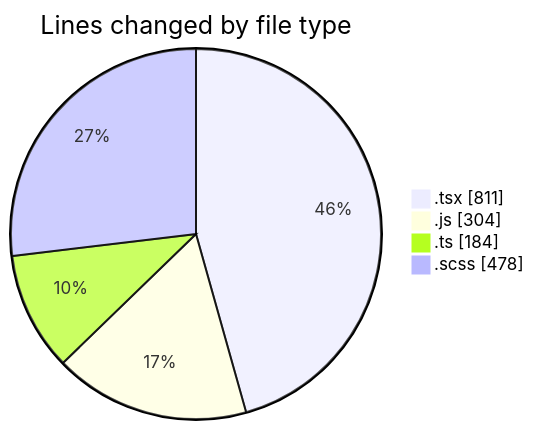
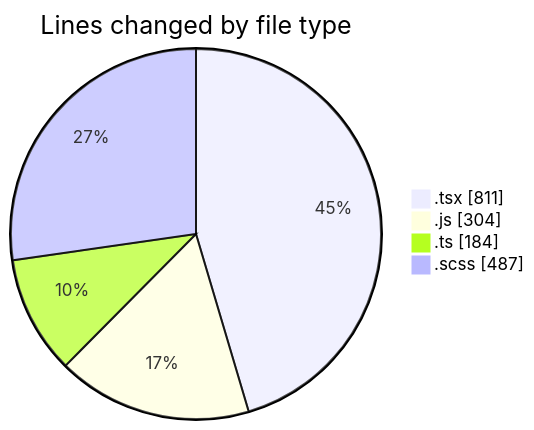
One commit to momahboobian/code-tracking changed the first of 2 diagrams in 2025-02-26/cda/README.md. Above: the diagram before and after it, drawn with Mermaid. The commit also changed other lines of this file and 1 other file, not shown here.

````diff
--- a/2025-02-26/cda/README.md
+++ b/2025-02-26/cda/README.md
@@ -37,8 +37,8 @@
 ```mermaid
 pie showData
 title Lines changed by file type
 ".tsx" : 811
 ".js" : 304
 ".ts" : 184
-".scss" : 478
+".scss" : 487
 ```
````
